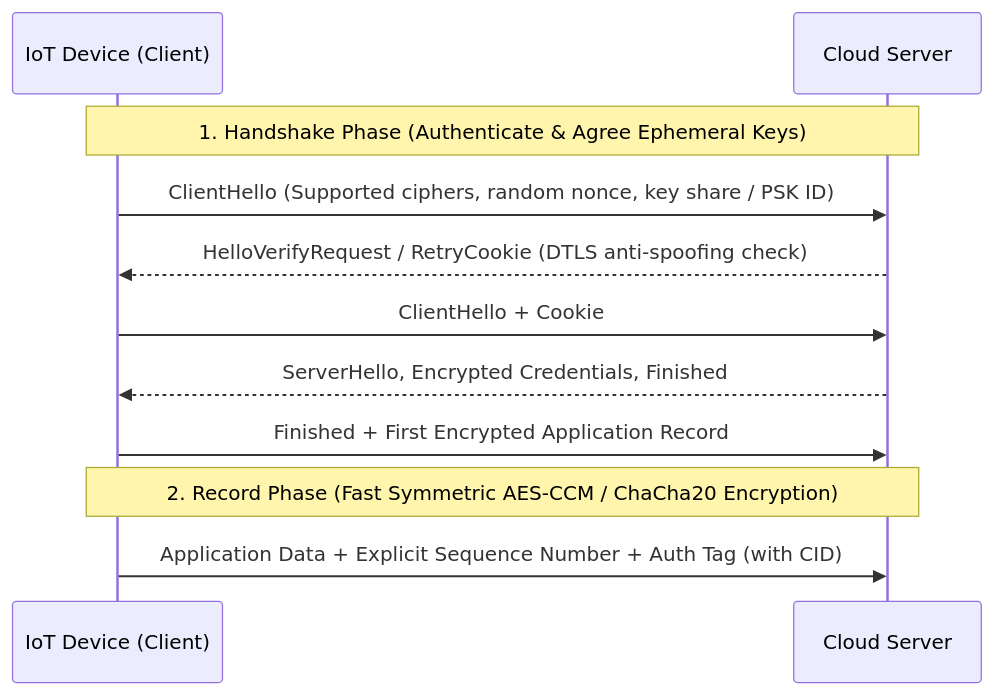
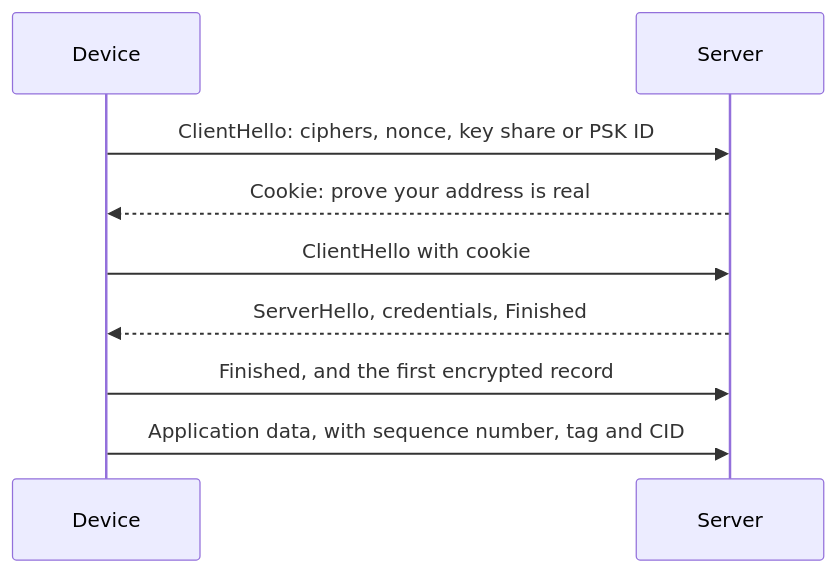
The diagram in posters/software/security/tls-dtls.md (markbac/posters), drawn with Mermaid before and after one commit. The commit also changed other lines of this file and 57 other files, not shown here.

````diff
--- a/posters/software/security/tls-dtls.md
+++ b/posters/software/security/tls-dtls.md
@@ -41,13 +40,11 @@
 ```mermaid
 sequenceDiagram
-  participant D as IoT Device (Client)
-  participant S as Cloud Server
-  Note over D,S: 1. Handshake Phase (Authenticate & Agree Ephemeral Keys)
-  D->>S: ClientHello (Supported ciphers, random nonce, key share / PSK ID)
-  S-->>D: HelloVerifyRequest / RetryCookie (DTLS anti-spoofing check)
-  D->>S: ClientHello + Cookie
-  S-->>D: ServerHello, Encrypted Credentials, Finished
-  D->>S: Finished + First Encrypted Application Record
-  Note over D,S: 2. Record Phase (Fast Symmetric AES-CCM / ChaCha20 Encryption)
-  D->>S: Application Data + Explicit Sequence Number + Auth Tag (with CID)
+  participant D as Device
+  participant S as Server
+  D->>S: ClientHello: ciphers, nonce, key share or PSK ID
+  S-->>D: Cookie: prove your address is real
+  D->>S: ClientHello with cookie
+  S-->>D: ServerHello, credentials, Finished
+  D->>S: Finished, and the first encrypted record
+  D->>S: Application data, with sequence number, tag and CID
 ```
````
